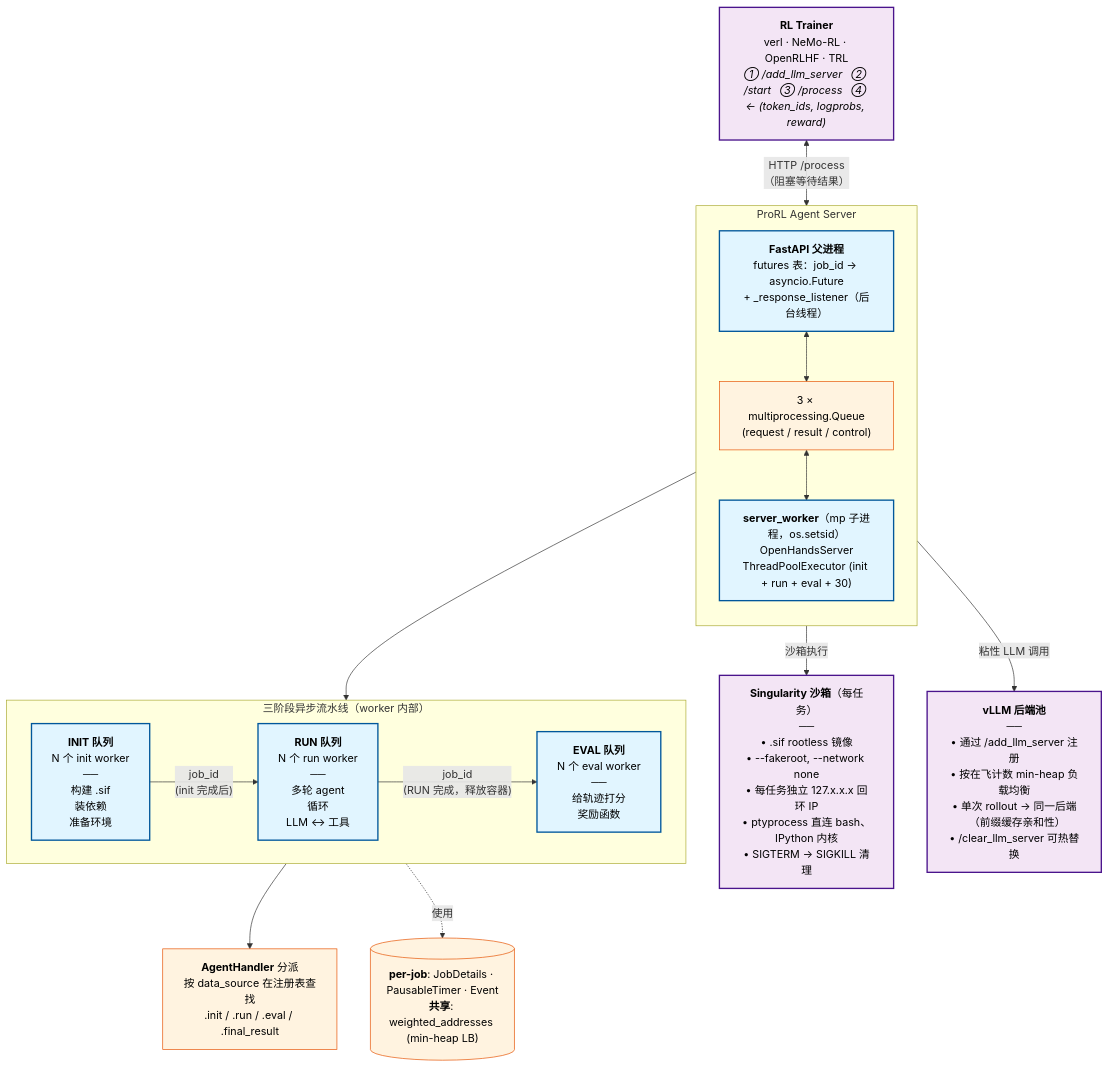
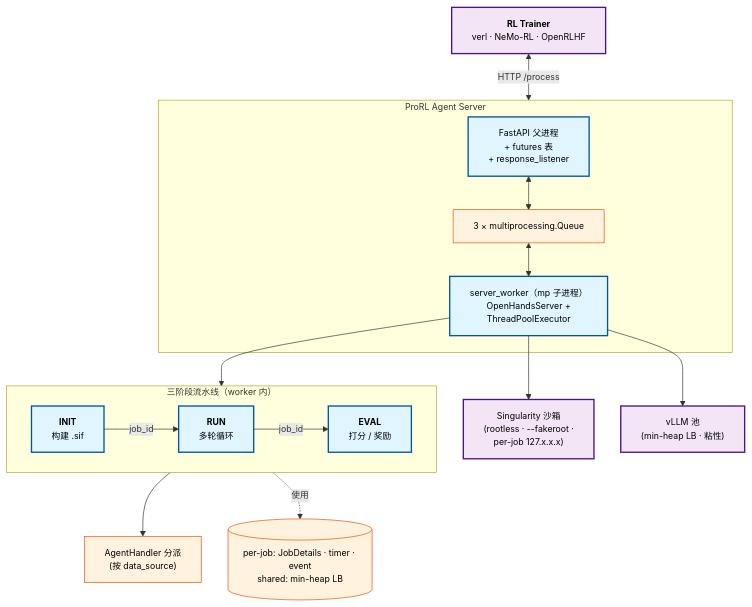
Before and after one commit to shikicloud/MLSys: the diagram in CN/wiki/agentic-rl/prorl-agent.md, drawn with Mermaid. The commit also changed other lines of this file and 4 other files, not shown here.

First line of the commit message:
Compress prorl-agent diagram nodes; add lean-node rule to skill

````diff
--- a/CN/wiki/agentic-rl/prorl-agent.md
+++ b/CN/wiki/agentic-rl/prorl-agent.md
@@ -83,42 +83,36 @@
 ```mermaid
+%%{init: {"flowchart": {"nodeSpacing": 40, "rankSpacing": 50}, "themeVariables": {"fontSize": "13px"}}}%%
 flowchart TB
     classDef ext fill:#f3e5f5,stroke:#4a148c,stroke-width:2px,color:#000
     classDef svc fill:#e1f5ff,stroke:#01579b,stroke-width:2px,color:#000
     classDef state fill:#fff3e0,stroke:#e65100,stroke-width:1px,color:#000
 
-    Trainer["<b>RL Trainer</b><br/>verl · NeMo-RL · OpenRLHF · TRL<br/><i>① /add_llm_server &nbsp; ② /start &nbsp; ③ /process &nbsp; ④ ← (token_ids, logprobs, reward)</i>"]:::ext
+    Trainer["<b>RL Trainer</b><br/>verl · NeMo-RL · OpenRLHF"]:::ext
 
     subgraph Server["ProRL Agent Server"]
-        direction TB
-        FastAPI["<b>FastAPI 父进程</b><br/>futures 表：job_id → asyncio.Future<br/>+ _response_listener（后台线程）"]:::svc
-        MQ["3 × multiprocessing.Queue<br/>(request / result / control)"]:::state
-        Worker["<b>server_worker</b>（mp 子进程，os.setsid）<br/>OpenHandsServer<br/>ThreadPoolExecutor (init + run + eval + 30)"]:::svc
-
-        FastAPI <--> MQ
-        MQ <--> Worker
+        FastAPI["FastAPI 父进程<br/>+ futures 表<br/>+ response_listener"]:::svc
+        MQ["3 × multiprocessing.Queue"]:::state
+        Worker["server_worker（mp 子进程）<br/>OpenHandsServer +<br/>ThreadPoolExecutor"]:::svc
+        FastAPI <--> MQ <--> Worker
     end
 
-    subgraph Pipeline["三阶段异步流水线（worker 内部）"]
+    subgraph Pipeline["三阶段流水线（worker 内）"]
         direction LR
-        INIT["<b>INIT 队列</b><br/>N 个 init worker<br/>──<br/>构建 .sif<br/>装依赖<br/>准备环境"]:::svc
-        RUN["<b>RUN 队列</b><br/>N 个 run worker<br/>──<br/>多轮 agent<br/>循环<br/>LLM ↔ 工具"]:::svc
-        EVAL["<b>EVAL 队列</b><br/>N 个 eval worker<br/>──<br/>给轨迹打分<br/>奖励函数"]:::svc
-
-        INIT -->|"job_id<br/>(init 完成后)"| RUN
-        RUN -->|"job_id<br/>(RUN 完成，释放容器)"| EVAL
+        INIT["<b>INIT</b><br/>构建 .sif"]:::svc
+        RUN["<b>RUN</b><br/>多轮循环"]:::svc
+        EVAL["<b>EVAL</b><br/>打分 / 奖励"]:::svc
+        INIT -->|"job_id"| RUN -->|"job_id"| EVAL
     end
 
-    AHandler["<b>AgentHandler</b> 分派<br/>按 data_source 在注册表查找<br/>.init / .run / .eval / .final_result"]:::state
-    State[("<b>per-job</b>: JobDetails · PausableTimer · Event<br/><b>共享</b>: weighted_addresses (min-heap LB)")]:::state
+    AHandler["AgentHandler 分派<br/>(按 data_source)"]:::state
+    State[("per-job: JobDetails · timer · event<br/>shared: min-heap LB")]:::state
+    Sandbox["Singularity 沙箱<br/>(rootless · --fakeroot ·<br/>per-job 127.x.x.x)"]:::ext
+    vLLM["vLLM 池<br/>(min-heap LB · 粘性)"]:::ext
 
-    Sandbox["<b>Singularity 沙箱</b>（每任务）<br/>──<br/>• .sif rootless 镜像<br/>• --fakeroot, --network none<br/>• 每任务独立 127.x.x.x 回环 IP<br/>• ptyprocess 直连 bash、IPython 内核<br/>• SIGTERM → SIGKILL 清理"]:::ext
-
-    vLLM["<b>vLLM 后端池</b><br/>──<br/>• 通过 /add_llm_server 注册<br/>• 按在飞计数 min-heap 负载均衡<br/>• 单次 rollout → 同一后端<br/>&nbsp; （前缀缓存亲和性）<br/>• /clear_llm_server 可热替换"]:::ext
-
-    Trainer <-->|"HTTP /process<br/>（阻塞等待结果）"| Server
+    Trainer <-->|"HTTP /process"| Server
     Worker --> Pipeline
     Pipeline --> AHandler
     Pipeline -.使用.-> State
-    Worker -->|沙箱执行| Sandbox
-    Worker -->|粘性 LLM 调用| vLLM
+    Worker --> Sandbox
+    Worker --> vLLM
 ```
````
